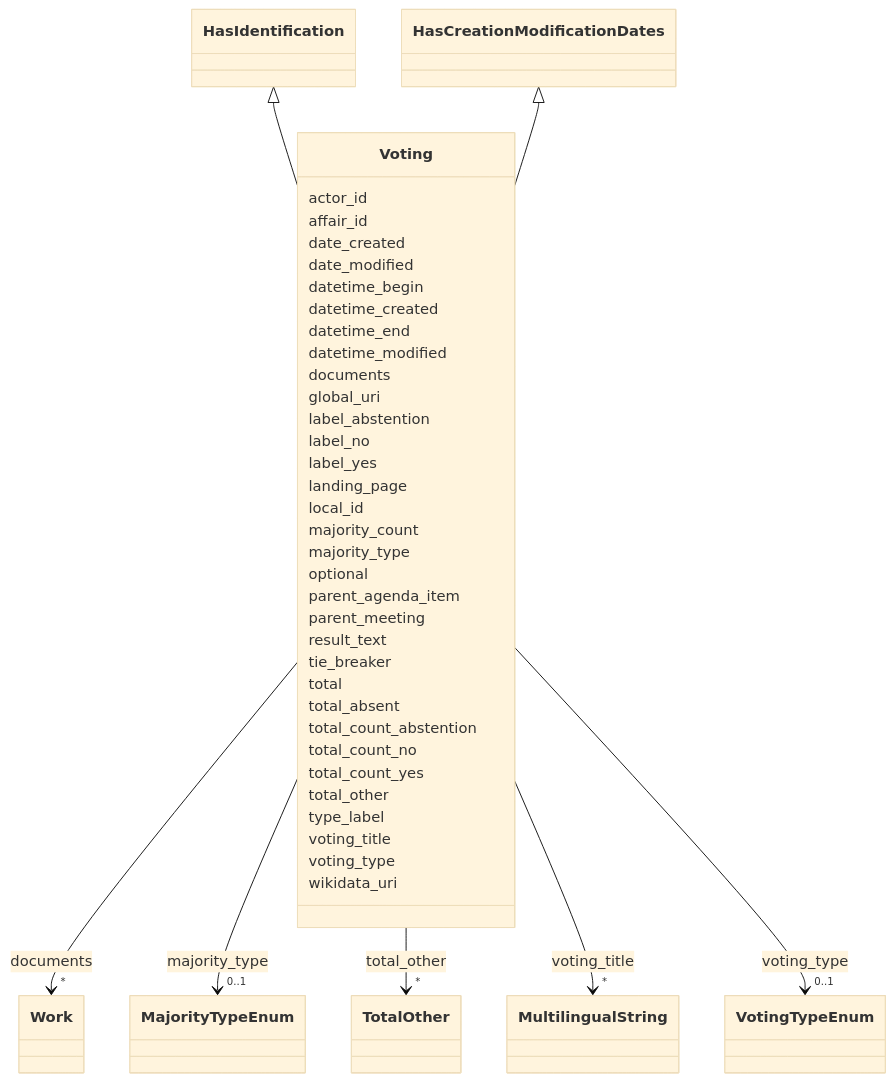
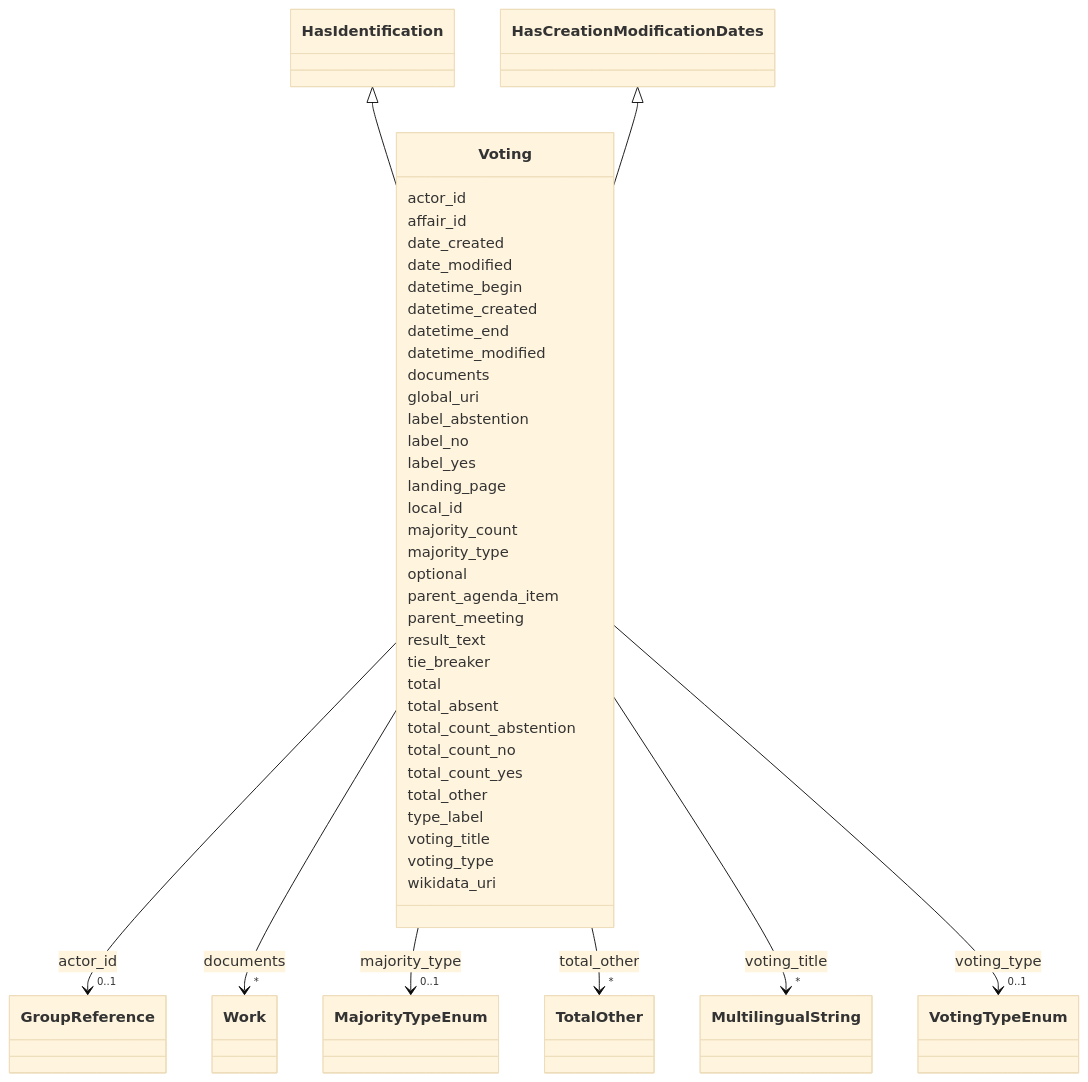
One commit to swiss/political-affairs-ech-group changed the diagram in ech-0293_operations/output/docs/Voting.md. Above: the diagram before and after it, drawn with Mermaid (base theme). The commit also changed other lines of this file and 27 other files, not shown here.

```diff
--- a/ech-0293_operations/output/docs/Voting.md
+++ b/ech-0293_operations/output/docs/Voting.md
@@ -34,6 +34,15 @@
         click HasCreationModificationDates href "../HasCreationModificationDates/"
       
       Voting : actor_id
+        
+          
+    
+        
+        
+        Voting --> "0..1" GroupReference : actor_id
+        click GroupReference href "../GroupReference/"
+    
+
         
       Voting : affair_id
         
```
